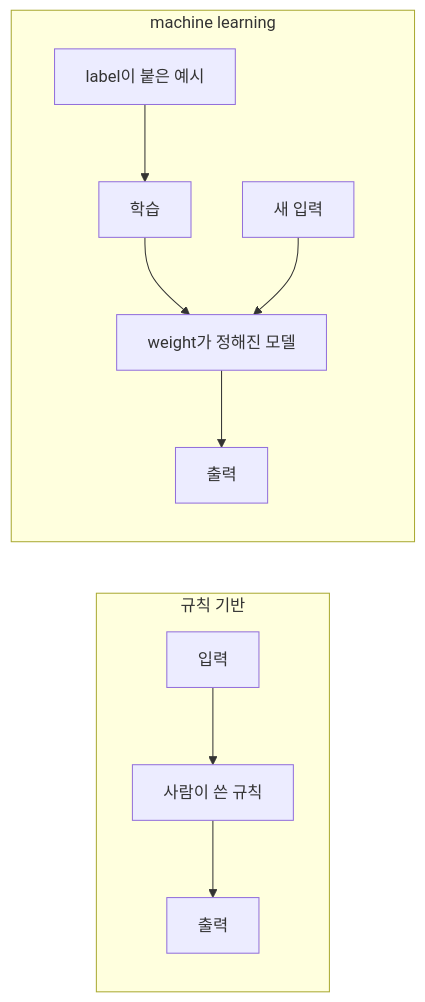
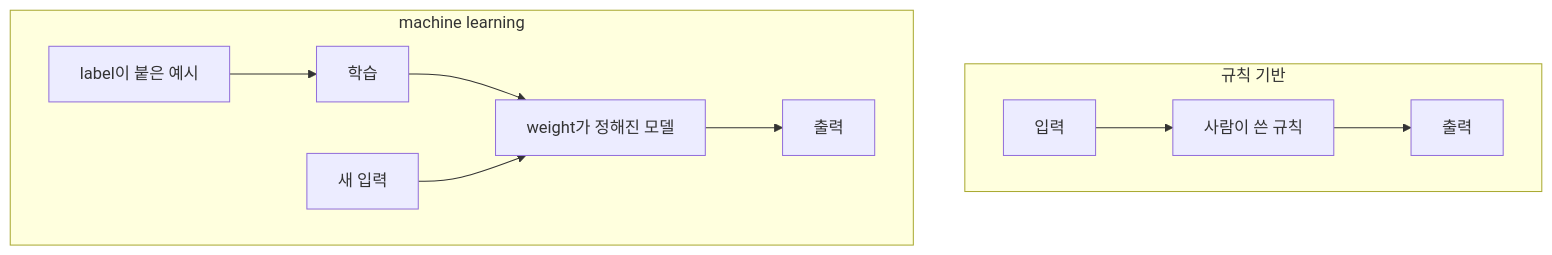
The second of 3 diagrams in book/part01-big-picture/01-01-ai-ml-dl.md (dipi0123/ai-insight-notes), drawn with Mermaid before and after one commit. The commit also changed other lines of this file and 11 other files, not shown here.

````diff
--- a/book/part01-big-picture/01-01-ai-ml-dl.md
+++ b/book/part01-big-picture/01-01-ai-ml-dl.md
@@ -89,10 +95,10 @@
 ```mermaid
-flowchart LR
+flowchart TB
   subgraph R["규칙 기반"]
     R1["입력"] --> R2["사람이 쓴 규칙"] --> R3["출력"]
   end
   subgraph L["machine learning"]
     L1["label이 붙은 예시"] --> L2["학습"] --> L3["weight가 정해진 모델"]
     L4["새 입력"] --> L3 --> L5["출력"]
   end
 ```
````
